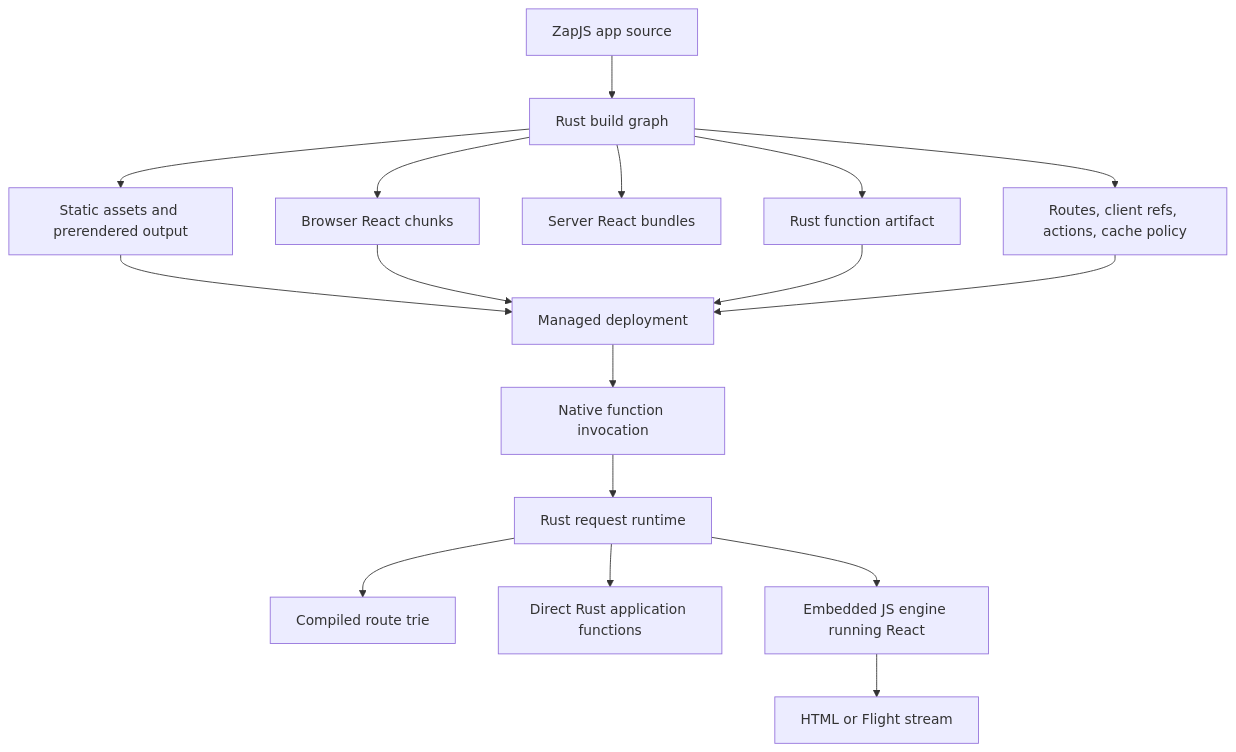
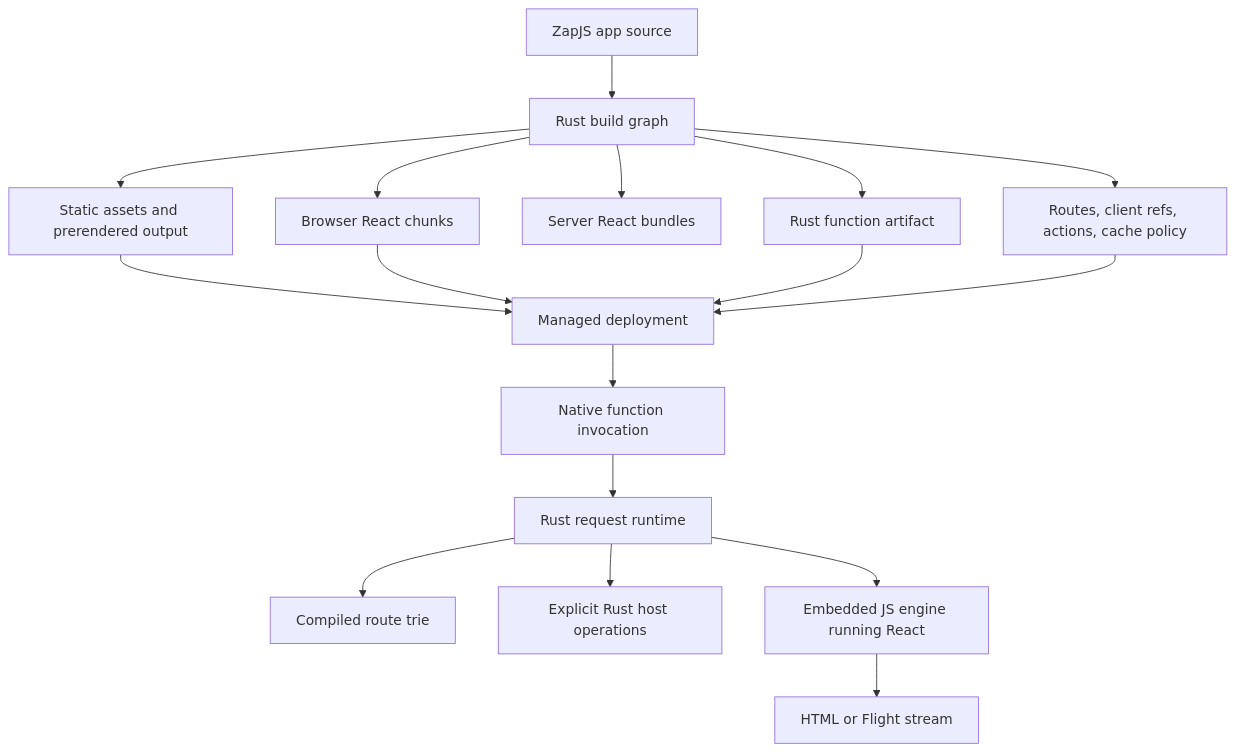
Before and after one commit to zapjs/zapjs: the diagram in docs/architecture/framework.md, drawn with Mermaid. The commit also changed other lines of this file and 3 other files, not shown here.

Commit message:
Tighten runtime architecture claims

````diff
--- a/docs/architecture/framework.md
+++ b/docs/architecture/framework.md
@@ -18,19 +18,19 @@
 ```mermaid
 flowchart TD
     Source[ZapJS app source] --> Build[Rust build graph]
     Build --> Static[Static assets and prerendered output]
     Build --> Browser[Browser React chunks]
     Build --> Server[Server React bundles]
     Build --> Native[Rust function artifact]
     Build --> Manifest[Routes, client refs, actions, cache policy]
     Static --> Host[Managed deployment]
     Browser --> Host
     Native --> Host
     Manifest --> Host
     Host --> Invoke[Native function invocation]
     Invoke --> Runtime[Rust request runtime]
     Runtime --> Router[Compiled route trie]
-    Runtime --> RustFns[Direct Rust application functions]
+    Runtime --> HostOps[Explicit Rust host operations]
     Runtime --> Renderer[Embedded JS engine running React]
     Renderer --> Stream[HTML or Flight stream]
 ```
````
